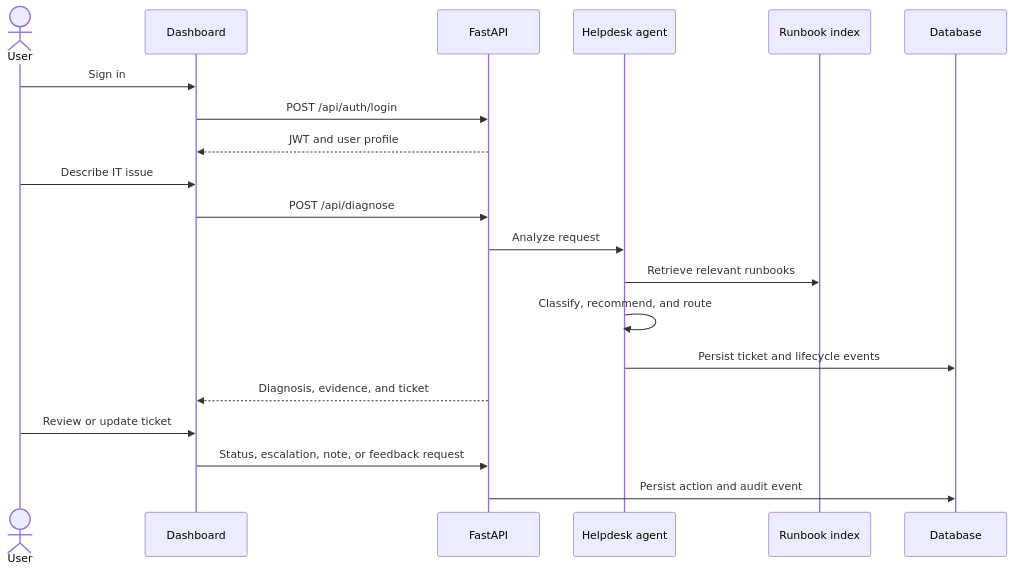
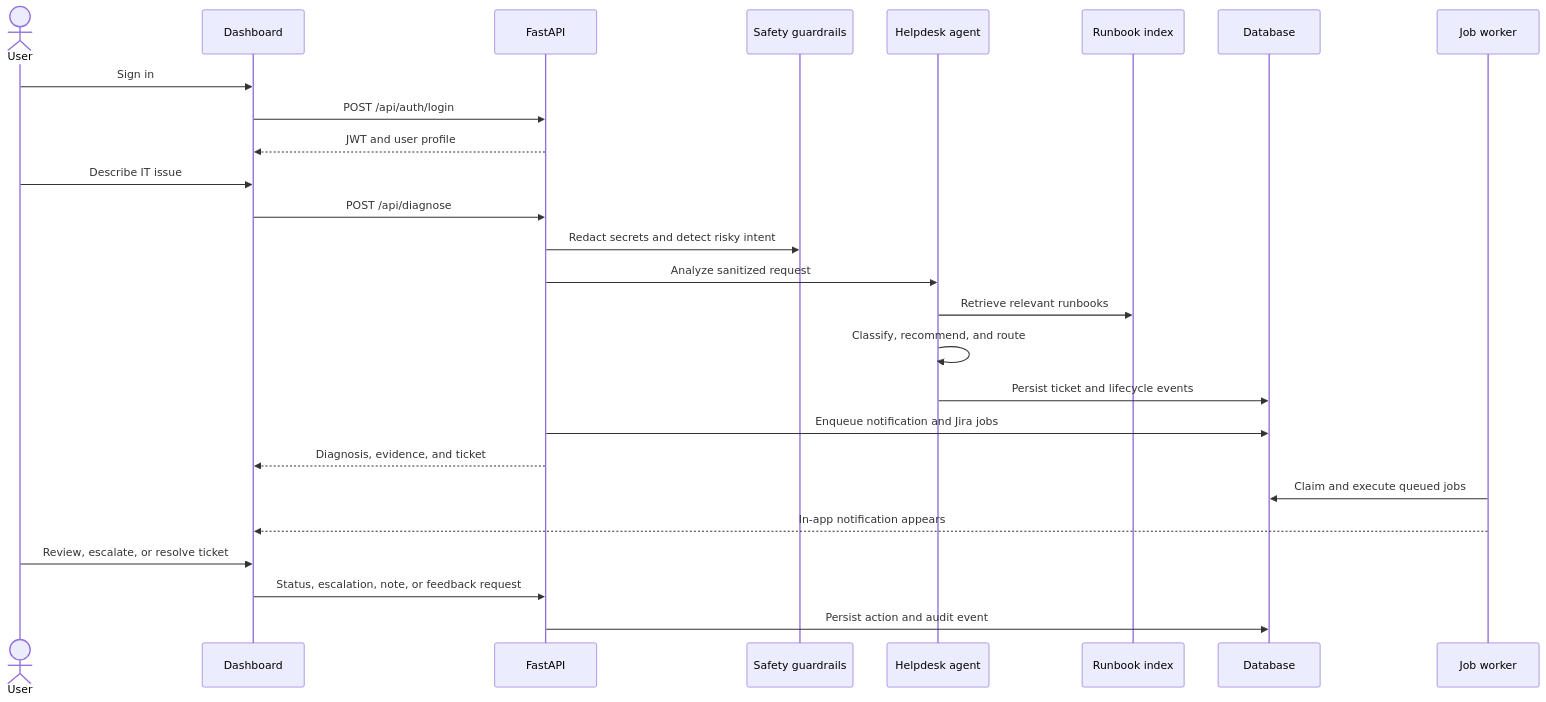
Before and after one commit to aikanii/helpdesk-agent: the second of 2 diagrams in README.md, drawn with Mermaid. The commit also changed other lines of this file, not shown here.

````diff
--- a/README.md
+++ b/README.md
@@ -42,23 +54,30 @@
 ```mermaid
 sequenceDiagram
 	actor User
 	participant UI as Dashboard
 	participant API as FastAPI
+	participant Guard as Safety guardrails
 	participant Agent as Helpdesk agent
 	participant Knowledge as Runbook index
 	participant DB as Database
+	participant Worker as Job worker
 
 	User->>UI: Sign in
 	UI->>API: POST /api/auth/login
 	API-->>UI: JWT and user profile
 	User->>UI: Describe IT issue
 	UI->>API: POST /api/diagnose
-	API->>Agent: Analyze request
+	API->>Guard: Redact secrets and detect risky intent
+	API->>Agent: Analyze sanitized request
 	Agent->>Knowledge: Retrieve relevant runbooks
 	Agent->>Agent: Classify, recommend, and route
 	Agent->>DB: Persist ticket and lifecycle events
+	API->>DB: Enqueue notification and Jira jobs
 	API-->>UI: Diagnosis, evidence, and ticket
-	User->>UI: Review or update ticket
+	Worker->>DB: Claim and execute queued jobs
+	Worker-->>UI: In-app notification appears
+	User->>UI: Review, escalate, or resolve ticket
 	UI->>API: Status, escalation, note, or feedback request
 	API->>DB: Persist action and audit event
+
 ```
````
